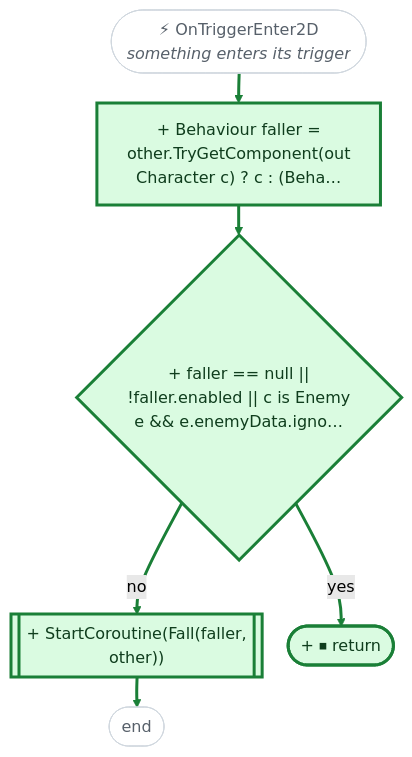
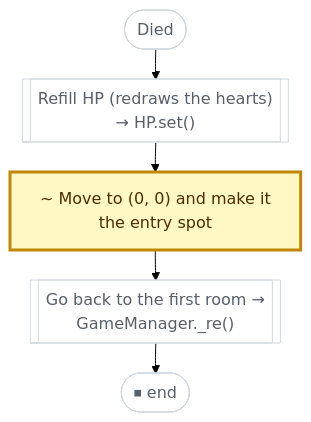
Before and after one commit to nataiai/Lord-of-the-Dungeon: the sixth of 11 diagrams in CodeGraph~/diffs/b47c315.md, drawn with Mermaid (forest theme). The commit also changed other lines of this file and 57 other files, not shown here.

````diff
--- a/CodeGraph~/diffs/b47c315.md
+++ b/CodeGraph~/diffs/b47c315.md
@@ -265,33 +219,27 @@
 ```mermaid
 ---
 config:
   flowchart:
     wrappingWidth: 260
     nodeSpacing: 26
     rankSpacing: 30
 ---
 flowchart TD
-  nS(["⚡ OnTriggerEnter2D<br><i>something enters its trigger</i>"])
-  nf75948["+ Behaviour faller =<br>other.TryGetComponent(out<br>Character c) ? c : (Beha…"]
-  n2d4641{"+ faller == null #124;#124;<br>!faller.enabled #124;#124; c is Enemy<br>e #38;#38; e.enemyData.igno…"}
-  nbbfd1f[["+ StartCoroutine(Fall(faller,<br>other))"]]
-  nE(["end"])
-  nb2e4fc(["+ ⏹ return"])
-  nS --> nf75948
-  nf75948 --> n2d4641
-  n2d4641 -->|no| nbbfd1f
-  n2d4641 -->|yes| nb2e4fc
-  nbbfd1f --> nE
-  linkStyle 0 stroke:#1a7f37,stroke-width:3px
-  linkStyle 1 stroke:#1a7f37,stroke-width:3px
-  linkStyle 2 stroke:#1a7f37,stroke-width:3px
-  linkStyle 3 stroke:#1a7f37,stroke-width:3px
-  linkStyle 4 stroke:#1a7f37,stroke-width:3px
+  nS(["Died"])
+  n104384[["Refill HP (redraws the hearts)<br>→ HP.set()"]]
+  nbe62ae["~ Move to (0, 0) and make it<br>the entry spot"]
+  nbdc250[["Go back to the first room →<br>GameManager._re()"]]
+  nE(["⏹ end"])
+  nS --> n104384
+  n104384 --> nbe62ae
+  nbe62ae --> nbdc250
+  nbdc250 --> nE
   classDef same fill:#ffffff,stroke:#d0d7de,color:#57606a
   classDef added fill:#dafbe1,stroke:#1a7f37,stroke-width:3px,color:#0f3d1d
-  classDef removed fill:#ffebe9,stroke:#cf222e,stroke-width:3px,color:#82071e
+  classDef removed fill:#ffebe9,stroke:#cf222e,stroke-width:3px,stroke-dasharray:6 4,color:#82071e
   classDef modified fill:#fff8c5,stroke:#bf8700,stroke-width:3px,color:#4d2d00
   classDef impacted fill:#ffffff,stroke:#6e7781,stroke-width:2px,stroke-dasharray:2 3,color:#24292f
-  class nf75948,n2d4641,nb2e4fc,nbbfd1f added
-  class nS,nE same
+  classDef stub fill:#ffffff,stroke:#8c959f,stroke-dasharray:2 3,color:#8c959f
+  class nbe62ae modified
+  class nS,n104384,nbdc250,nE same
 ```
````
